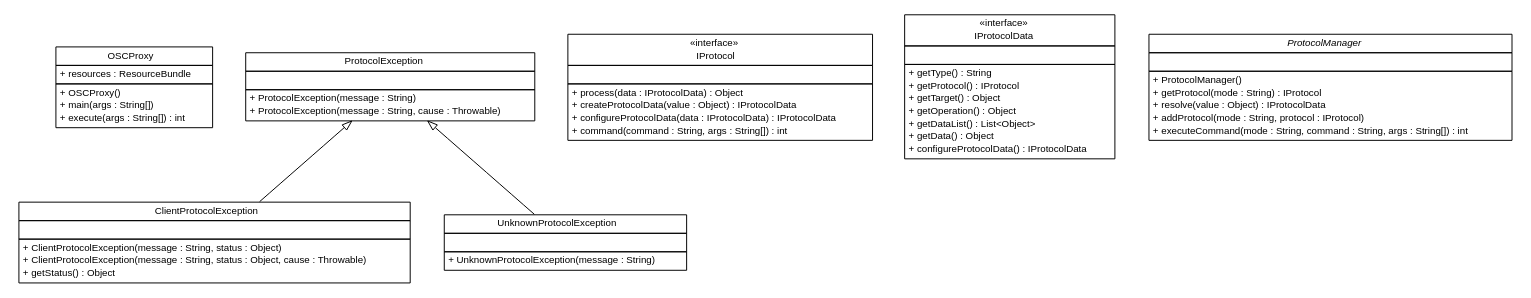
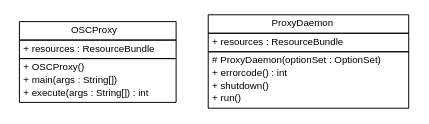
Before and after one commit to pcross616/lf-osc-proxy: the diagram in apidocs/com/xley/lfosc/com.xley.lfosc.dot, drawn with Graphviz. The commit also changed 541 other files, not shown here.

```diff
--- a/apidocs/com/xley/lfosc/com.xley.lfosc.dot
+++ b/apidocs/com/xley/lfosc/com.xley.lfosc.dot
@@ -1,120 +1,41 @@
 #!/usr/local/bin/dot
 #
 # Class diagram 
 # Generated by UMLGraph version R5_6 (http://www.umlgraph.org/)
 #
 
 digraph G {
 	edge [fontname="Helvetica",fontsize=10,labelfontname="Helvetica",labelfontsize=10];
 	node [fontname="Helvetica",fontsize=10,shape=plaintext];
 	nodesep=0.25;
 	ranksep=0.5;
 	// com.xley.lfosc.OSCProxy
-	c633 [label=<<table title="com.xley.lfosc.OSCProxy" border="0" cellborder="1" cellspacing="0" cellpadding="2" port="p" href="./OSCProxy.html">
+	c19 [label=<<table title="com.xley.lfosc.OSCProxy" border="0" cellborder="1" cellspacing="0" cellpadding="2" port="p" href="./OSCProxy.html">
 		<tr><td><table border="0" cellspacing="0" cellpadding="1">
 <tr><td align="center" balign="center"> OSCProxy </td></tr>
 		</table></td></tr>
 		<tr><td><table border="0" cellspacing="0" cellpadding="1">
 <tr><td align="left" balign="left"> + resources : ResourceBundle </td></tr>
 		</table></td></tr>
 		<tr><td><table border="0" cellspacing="0" cellpadding="1">
 <tr><td align="left" balign="left"> + OSCProxy() </td></tr>
 <tr><td align="left" balign="left"> + main(args : String[]) </td></tr>
 <tr><td align="left" balign="left"> + execute(args : String[]) : int </td></tr>
 		</table></td></tr>
 		</table>>, URL="./OSCProxy.html", fontname="Helvetica", fontcolor="black", fontsize=10.0];
-	// com.xley.lfosc.ProtocolException
-	c634 [label=<<table title="com.xley.lfosc.ProtocolException" border="0" cellborder="1" cellspacing="0" cellpadding="2" port="p" href="./ProtocolException.html">
+	// com.xley.lfosc.ProxyDaemon
+	c20 [label=<<table title="com.xley.lfosc.ProxyDaemon" border="0" cellborder="1" cellspacing="0" cellpadding="2" port="p" href="./ProxyDaemon.html">
 		<tr><td><table border="0" cellspacing="0" cellpadding="1">
-<tr><td align="center" balign="center"> ProtocolException </td></tr>
+<tr><td align="center" balign="center"> ProxyDaemon </td></tr>
 		</table></td></tr>
 		<tr><td><table border="0" cellspacing="0" cellpadding="1">
-<tr><td align="left" balign="left">  </td></tr>
+<tr><td align="left" balign="left"> + resources : ResourceBundle </td></tr>
 		</table></td></tr>
 		<tr><td><table border="0" cellspacing="0" cellpadding="1">
-<tr><td align="left" balign="left"> + ProtocolException(message : String) </td></tr>
-<tr><td align="left" balign="left"> + ProtocolException(message : String, cause : Throwable) </td></tr>
+<tr><td align="left" balign="left"> # ProxyDaemon(optionSet : OptionSet) </td></tr>
+<tr><td align="left" balign="left"> + errorcode() : int </td></tr>
+<tr><td align="left" balign="left"> + shutdown() </td></tr>
+<tr><td align="left" balign="left"> + run() </td></tr>
 		</table></td></tr>
-		</table>>, URL="./ProtocolException.html", fontname="Helvetica", fontcolor="black", fontsize=10.0];
-	// com.xley.lfosc.IProtocol
-	c635 [label=<<table title="com.xley.lfosc.IProtocol" border="0" cellborder="1" cellspacing="0" cellpadding="2" port="p" href="./IProtocol.html">
-		<tr><td><table border="0" cellspacing="0" cellpadding="1">
-<tr><td align="center" balign="center"> &#171;interface&#187; </td></tr>
-<tr><td align="center" balign="center"> IProtocol </td></tr>
-		</table></td></tr>
-		<tr><td><table border="0" cellspacing="0" cellpadding="1">
-<tr><td align="left" balign="left">  </td></tr>
-		</table></td></tr>
-		<tr><td><table border="0" cellspacing="0" cellpadding="1">
-<tr><td align="left" balign="left"> + process(data : IProtocolData) : Object </td></tr>
-<tr><td align="left" balign="left"> + createProtocolData(value : Object) : IProtocolData </td></tr>
-<tr><td align="left" balign="left"> + configureProtocolData(data : IProtocolData) : IProtocolData </td></tr>
-<tr><td align="left" balign="left"> + command(command : String, args : String[]) : int </td></tr>
-		</table></td></tr>
-		</table>>, URL="./IProtocol.html", fontname="Helvetica", fontcolor="black", fontsize=10.0];
-	// com.xley.lfosc.IProtocolData
-	c636 [label=<<table title="com.xley.lfosc.IProtocolData" border="0" cellborder="1" cellspacing="0" cellpadding="2" port="p" href="./IProtocolData.html">
-		<tr><td><table border="0" cellspacing="0" cellpadding="1">
-<tr><td align="center" balign="center"> &#171;interface&#187; </td></tr>
-<tr><td align="center" balign="center"> IProtocolData </td></tr>
-		</table></td></tr>
-		<tr><td><table border="0" cellspacing="0" cellpadding="1">
-<tr><td align="left" balign="left">  </td></tr>
-		</table></td></tr>
-		<tr><td><table border="0" cellspacing="0" cellpadding="1">
-<tr><td align="left" balign="left"> + getType() : String </td></tr>
-<tr><td align="left" balign="left"> + getProtocol() : IProtocol </td></tr>
-<tr><td align="left" balign="left"> + getTarget() : Object </td></tr>
-<tr><td align="left" balign="left"> + getOperation() : Object </td></tr>
-<tr><td align="left" balign="left"> + getDataList() : List&lt;Object&gt; </td></tr>
-<tr><td align="left" balign="left"> + getData() : Object </td></tr>
-<tr><td align="left" balign="left"> + configureProtocolData() : IProtocolData </td></tr>
-		</table></td></tr>
-		</table>>, URL="./IProtocolData.html", fontname="Helvetica", fontcolor="black", fontsize=10.0];
-	// com.xley.lfosc.ProtocolManager
-	c637 [label=<<table title="com.xley.lfosc.ProtocolManager" border="0" cellborder="1" cellspacing="0" cellpadding="2" port="p" href="./ProtocolManager.html">
-		<tr><td><table border="0" cellspacing="0" cellpadding="1">
-<tr><td align="center" balign="center"><font face="Helvetica-Oblique"> ProtocolManager </font></td></tr>
-		</table></td></tr>
-		<tr><td><table border="0" cellspacing="0" cellpadding="1">
-<tr><td align="left" balign="left">  </td></tr>
-		</table></td></tr>
-		<tr><td><table border="0" cellspacing="0" cellpadding="1">
-<tr><td align="left" balign="left"> + ProtocolManager() </td></tr>
-<tr><td align="left" balign="left"> + getProtocol(mode : String) : IProtocol </td></tr>
-<tr><td align="left" balign="left"> + resolve(value : Object) : IProtocolData </td></tr>
-<tr><td align="left" balign="left"> + addProtocol(mode : String, protocol : IProtocol) </td></tr>
-<tr><td align="left" balign="left"> + executeCommand(mode : String, command : String, args : String[]) : int </td></tr>
-		</table></td></tr>
-		</table>>, URL="./ProtocolManager.html", fontname="Helvetica", fontcolor="black", fontsize=10.0];
-	// com.xley.lfosc.ClientProtocolException
-	c638 [label=<<table title="com.xley.lfosc.ClientProtocolException" border="0" cellborder="1" cellspacing="0" cellpadding="2" port="p" href="./ClientProtocolException.html">
-		<tr><td><table border="0" cellspacing="0" cellpadding="1">
-<tr><td align="center" balign="center"> ClientProtocolException </td></tr>
-		</table></td></tr>
-		<tr><td><table border="0" cellspacing="0" cellpadding="1">
-<tr><td align="left" balign="left">  </td></tr>
-		</table></td></tr>
-		<tr><td><table border="0" cellspacing="0" cellpadding="1">
-<tr><td align="left" balign="left"> + ClientProtocolException(message : String, status : Object) </td></tr>
-<tr><td align="left" balign="left"> + ClientProtocolException(message : String, status : Object, cause : Throwable) </td></tr>
-<tr><td align="left" balign="left"> + getStatus() : Object </td></tr>
-		</table></td></tr>
-		</table>>, URL="./ClientProtocolException.html", fontname="Helvetica", fontcolor="black", fontsize=10.0];
-	// com.xley.lfosc.UnknownProtocolException
-	c639 [label=<<table title="com.xley.lfosc.UnknownProtocolException" border="0" cellborder="1" cellspacing="0" cellpadding="2" port="p" href="./UnknownProtocolException.html">
-		<tr><td><table border="0" cellspacing="0" cellpadding="1">
-<tr><td align="center" balign="center"> UnknownProtocolException </td></tr>
-		</table></td></tr>
-		<tr><td><table border="0" cellspacing="0" cellpadding="1">
-<tr><td align="left" balign="left">  </td></tr>
-		</table></td></tr>
-		<tr><td><table border="0" cellspacing="0" cellpadding="1">
-<tr><td align="left" balign="left"> + UnknownProtocolException(message : String) </td></tr>
-		</table></td></tr>
-		</table>>, URL="./UnknownProtocolException.html", fontname="Helvetica", fontcolor="black", fontsize=10.0];
-	//com.xley.lfosc.ClientProtocolException extends com.xley.lfosc.ProtocolException
-	c634:p -> c638:p [dir=back,arrowtail=empty];
-	//com.xley.lfosc.UnknownProtocolException extends com.xley.lfosc.ProtocolException
-	c634:p -> c639:p [dir=back,arrowtail=empty];
+		</table>>, URL="./ProxyDaemon.html", fontname="Helvetica", fontcolor="black", fontsize=10.0];
 }
```
